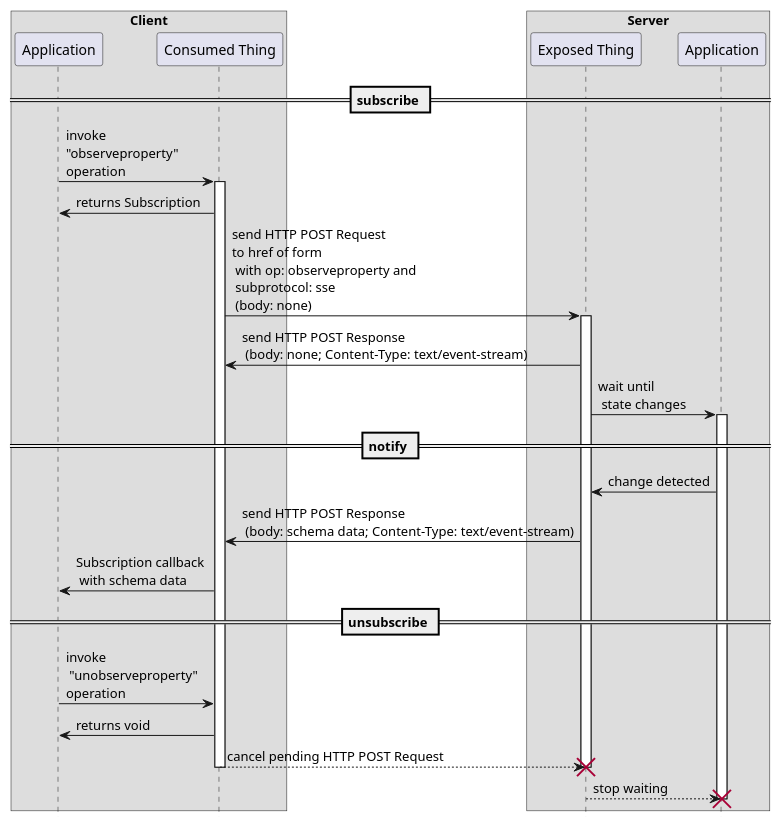
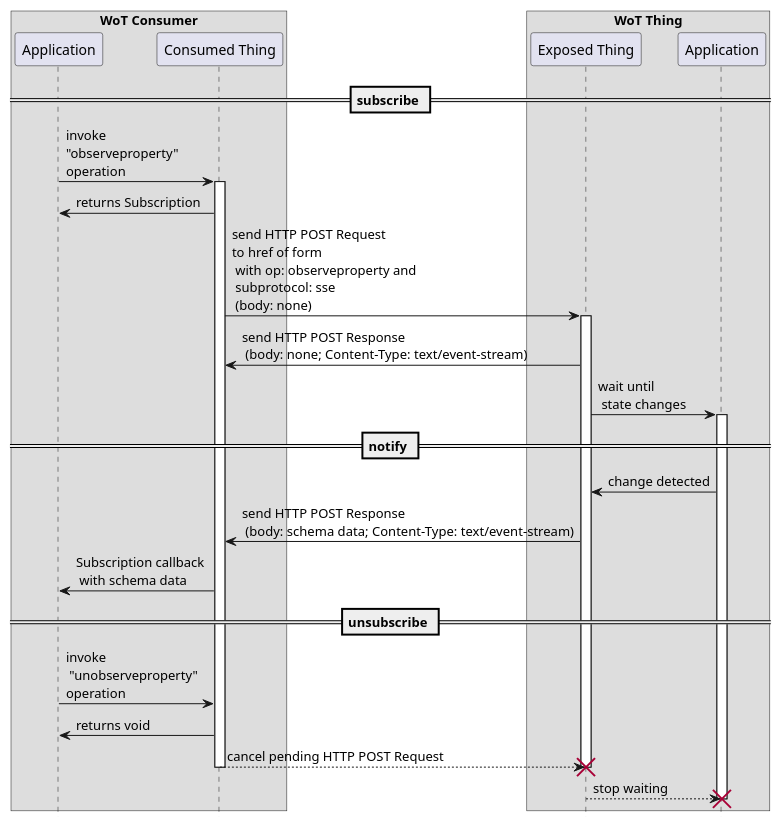
One commit to w3c/wot-binding-templates changed the diagram in images/message-flows/A_1_3b_observePropertySSE.puml. Above: the diagram before and after it, drawn with PlantUML. The commit also changed 18 other files, not shown here.

Commit message:
Fixes for issue #89, replacing client/server with consumer/thing

```diff
--- a/images/message-flows/A_1_3b_observePropertySSE.puml
+++ b/images/message-flows/A_1_3b_observePropertySSE.puml
@@ -1,40 +1,40 @@
 @startuml
 hide footbox
 
-box "Client"
+box "WoT Consumer"
 participant "Application" as AP
 participant "Consumed Thing" as SA
 end box
 
-box "Server"
+box "WoT Thing"
 participant "Exposed Thing" as WS
 participant "Application" as DC
 end box
 
 == subscribe ==
 
 AP  -> SA: invoke\n"observeproperty"\noperation
 activate SA
 SA  -> AP: returns Subscription
 SA  -> WS: send HTTP POST Request\nto href of form\n with op: observeproperty and\n subprotocol: sse \n (body: none)
 activate WS
 WS  -> SA: send HTTP POST Response\n (body: none; Content-Type: text/event-stream)
 WS  -> DC: wait until\n state changes
 activate DC
 
 == notify ==
 
 DC  -> WS: change detected
 WS  -> SA: send HTTP POST Response\n (body: schema data; Content-Type: text/event-stream)
 SA  -> AP: Subscription callback\n with schema data
 
 == unsubscribe ==
 
 AP  -> SA: invoke\n "unobserveproperty"\noperation
 SA  -> AP: returns void
 SA --> WS: cancel pending HTTP POST Request
 deactivate SA
 destroy WS
 WS --> DC: stop waiting
 destroy DC
 @enduml
```
